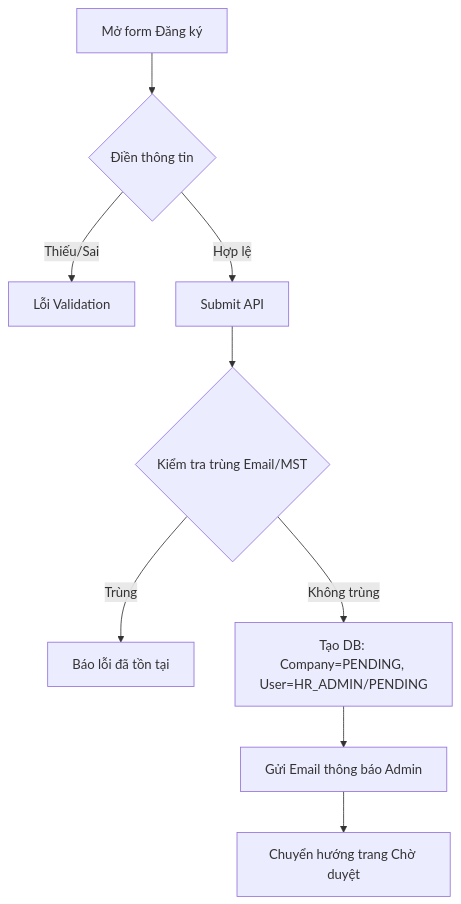
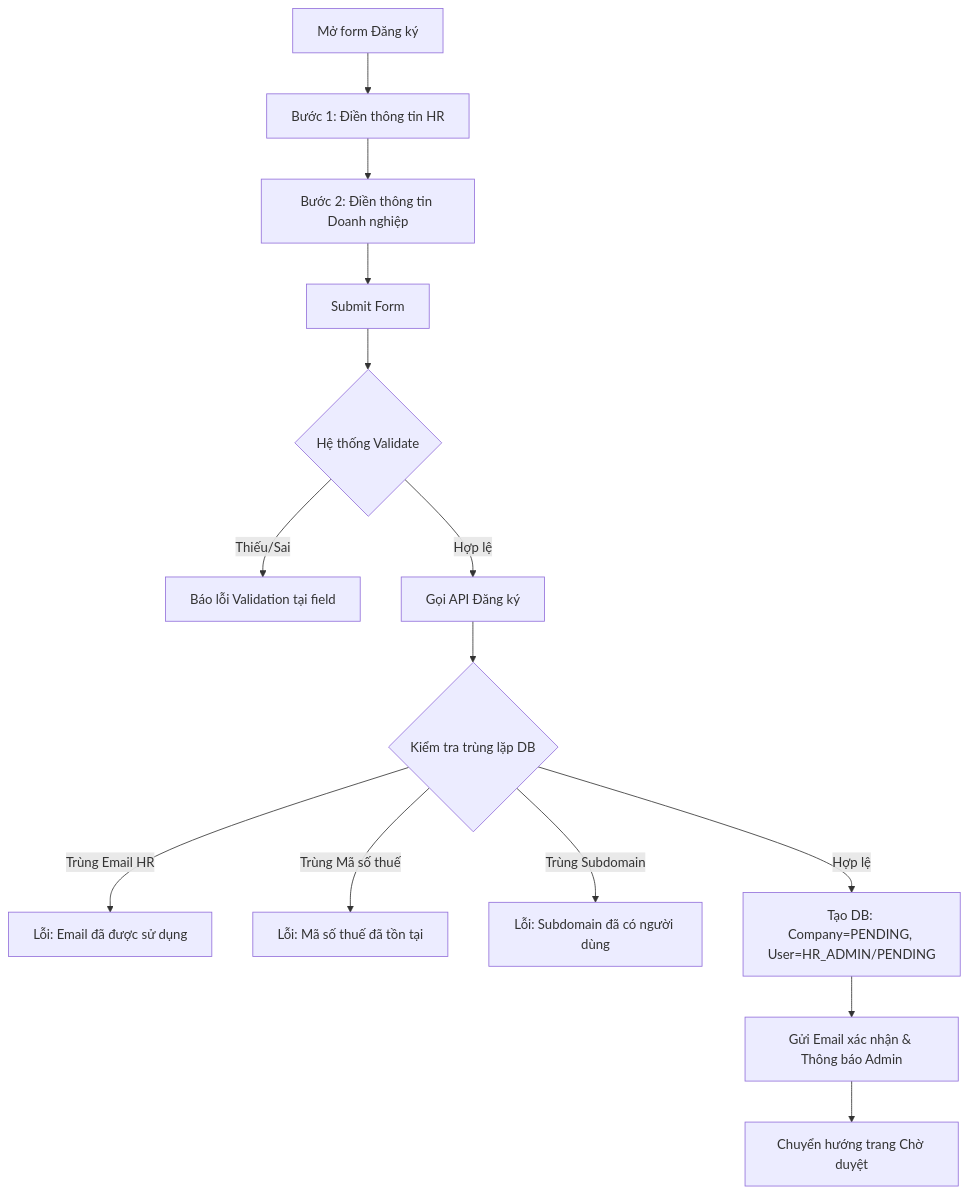
Before and after one commit to VanHaPtit/EasyTech_FE: the diagram in nghiep_vu/epic-01_Authentication_Onboarding/user-story-02_HR_Dang_ky/user-story.md, drawn with Mermaid. The commit also changed other lines of this file and 37 other files, not shown here.

````diff
--- a/nghiep_vu/epic-01_Authentication_Onboarding/user-story-02_HR_Dang_ky/user-story.md
+++ b/nghiep_vu/epic-01_Authentication_Onboarding/user-story-02_HR_Dang_ky/user-story.md
@@ -11,11 +11,19 @@
 ```mermaid
 graph TD
-    A[Mở form Đăng ký] --> B{Điền thông tin}
-    B -- Thiếu/Sai --> C[Lỗi Validation]
-    B -- Hợp lệ --> D[Submit API]
-    D --> E{Kiểm tra trùng Email/MST}
-    E -- Trùng --> F[Báo lỗi đã tồn tại]
-    E -- Không trùng --> G[Tạo DB: Company=PENDING, User=HR_ADMIN/PENDING]
-    G --> H[Gửi Email thông báo Admin]
-    H --> I[Chuyển hướng trang Chờ duyệt]
+    A[Mở form Đăng ký] --> B[Bước 1: Điền thông tin HR]
+    B --> C[Bước 2: Điền thông tin Doanh nghiệp]
+    C --> D[Submit Form]
+    D --> E{Hệ thống Validate}
+    
+    E -- Thiếu/Sai --> F[Báo lỗi Validation tại field]
+    E -- Hợp lệ --> G[Gọi API Đăng ký]
+    
+    G --> H{Kiểm tra trùng lặp DB}
+    H -- Trùng Email HR --> I[Lỗi: Email đã được sử dụng]
+    H -- Trùng Mã số thuế --> J[Lỗi: Mã số thuế đã tồn tại]
+    H -- Trùng Subdomain --> K[Lỗi: Subdomain đã có người dùng]
+    
+    H -- Hợp lệ --> L[Tạo DB: Company=PENDING, User=HR_ADMIN/PENDING]
+    L --> M[Gửi Email xác nhận & Thông báo Admin]
+    M --> N[Chuyển hướng trang Chờ duyệt]
 ```
````
